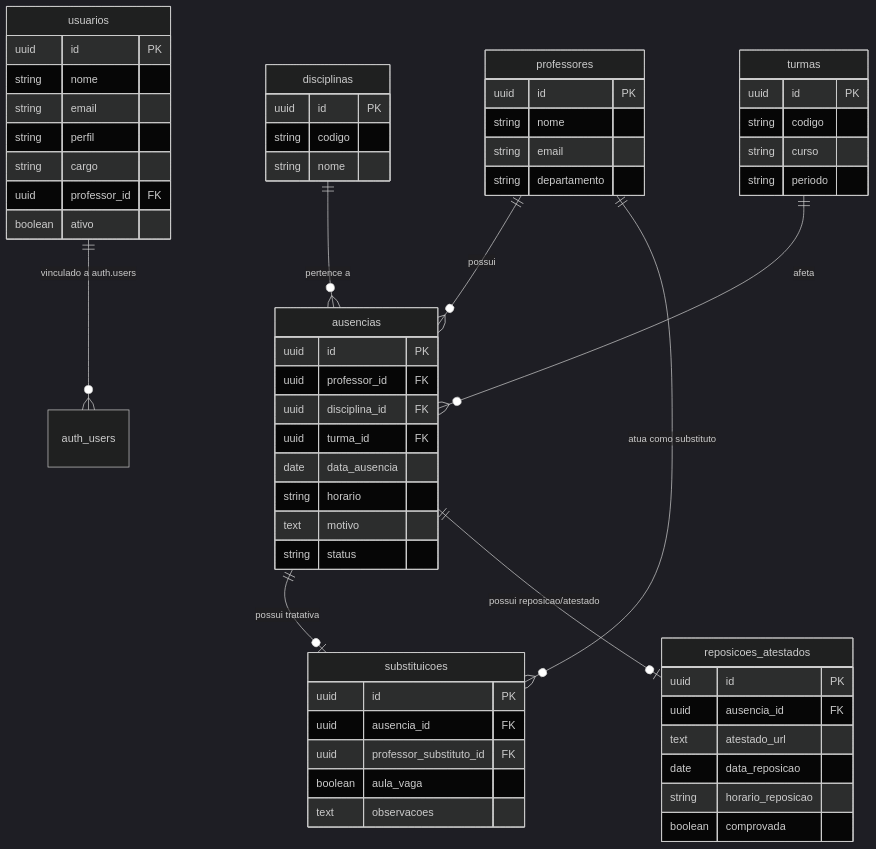
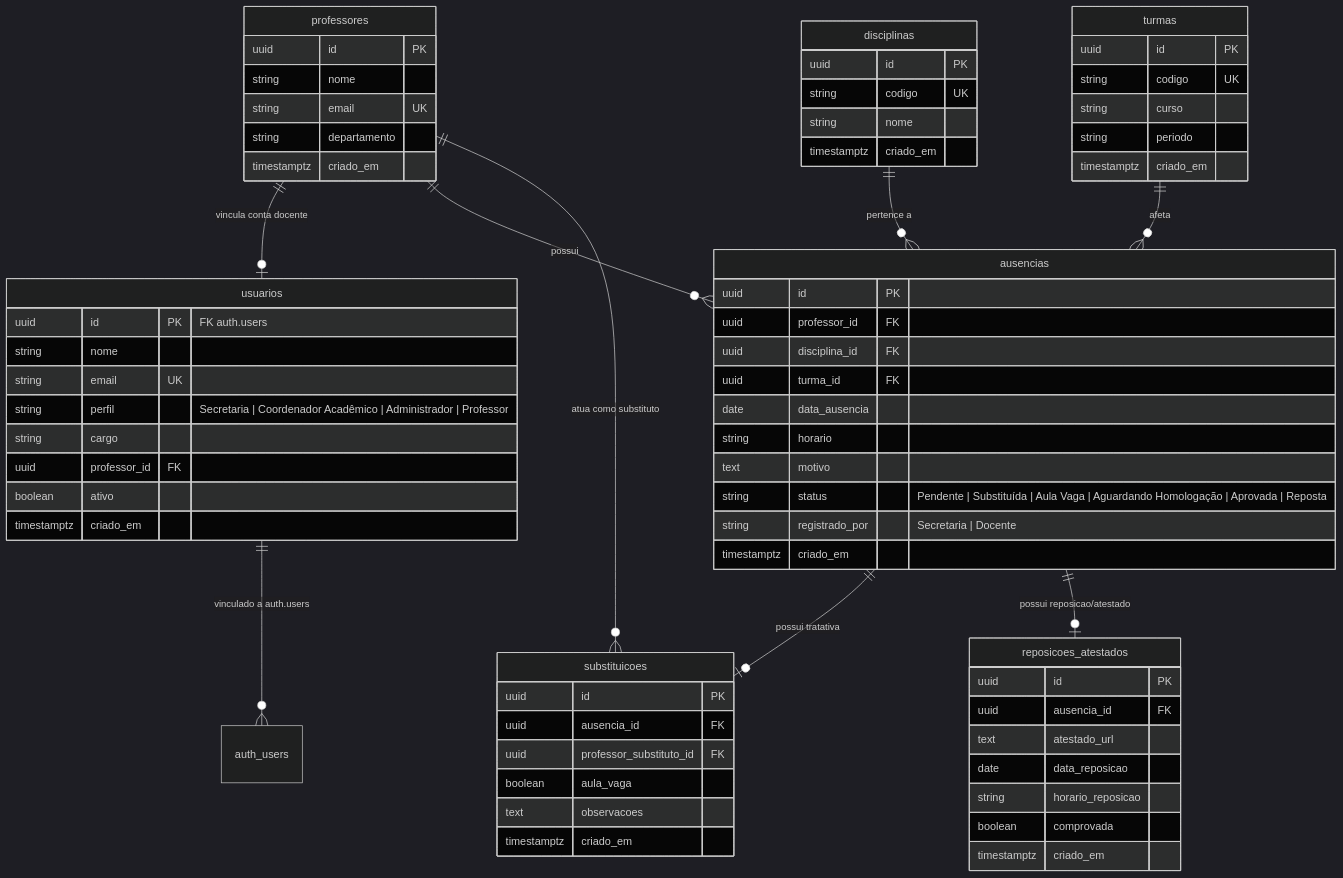
One commit to MikeAAQueen/docente360 changed the second of 2 diagrams in PROJECT_STATE.md. Above: the diagram before and after it, drawn with Mermaid (dark theme). The commit also changed other lines of this file and 7 other files, not shown here.

````diff
--- a/PROJECT_STATE.md
+++ b/PROJECT_STATE.md
@@ -148,68 +160,77 @@
 ```mermaid
 erDiagram
     usuarios ||--o{ auth_users : "vinculado a auth.users"
+    professores ||--o| usuarios : "vincula conta docente"
     professores ||--o{ ausencias : "possui"
     disciplinas ||--o{ ausencias : "pertence a"
     turmas ||--o{ ausencias : "afeta"
     ausencias ||--o| substituicoes : "possui tratativa"
     ausencias ||--o| reposicoes_atestados : "possui reposicao/atestado"
     professores ||--o{ substituicoes : "atua como substituto"
 
     professores {
         uuid id PK
         string nome
-        string email
+        string email UK
         string departamento
+        timestamptz criado_em
     }
 
     disciplinas {
         uuid id PK
-        string codigo
+        string codigo UK
         string nome
+        timestamptz criado_em
     }
 
     turmas {
         uuid id PK
-        string codigo
+        string codigo UK
         string curso
         string periodo
+        timestamptz criado_em
     }
 
     ausencias {
         uuid id PK
         uuid professor_id FK
         uuid disciplina_id FK
         uuid turma_id FK
         date data_ausencia
         string horario
         text motivo
-        string status
+        string status "Pendente | Substituída | Aula Vaga | Aguardando Homologação | Aprovada | Reposta"
+        string registrado_por "Secretaria | Docente"
+        timestamptz criado_em
     }
 
     substituicoes {
         uuid id PK
         uuid ausencia_id FK
         uuid professor_substituto_id FK
         boolean aula_vaga
         text observacoes
+        timestamptz criado_em
     }
 
     reposicoes_atestados {
         uuid id PK
         uuid ausencia_id FK
         text atestado_url
         date data_reposicao
         string horario_reposicao
         boolean comprovada
+        timestamptz criado_em
     }
 
     usuarios {
-        uuid id PK
+        uuid id PK "FK auth.users"
         string nome
-        string email
-        string perfil
+        string email UK
+        string perfil "Secretaria | Coordenador Acadêmico | Administrador | Professor"
         string cargo
         uuid professor_id FK
         boolean ativo
+        timestamptz criado_em
     }
 ```
````
